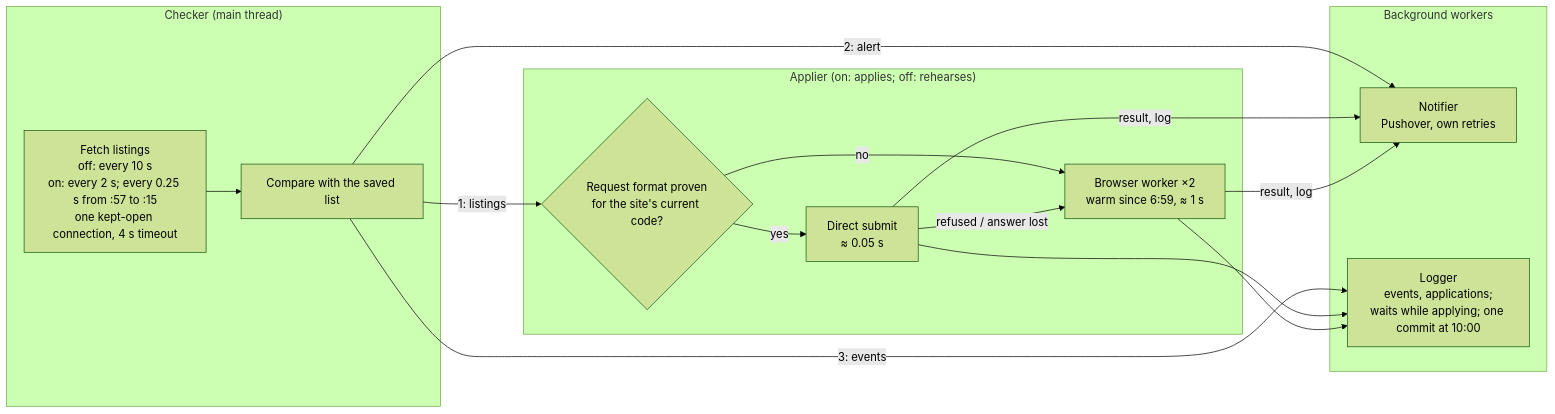
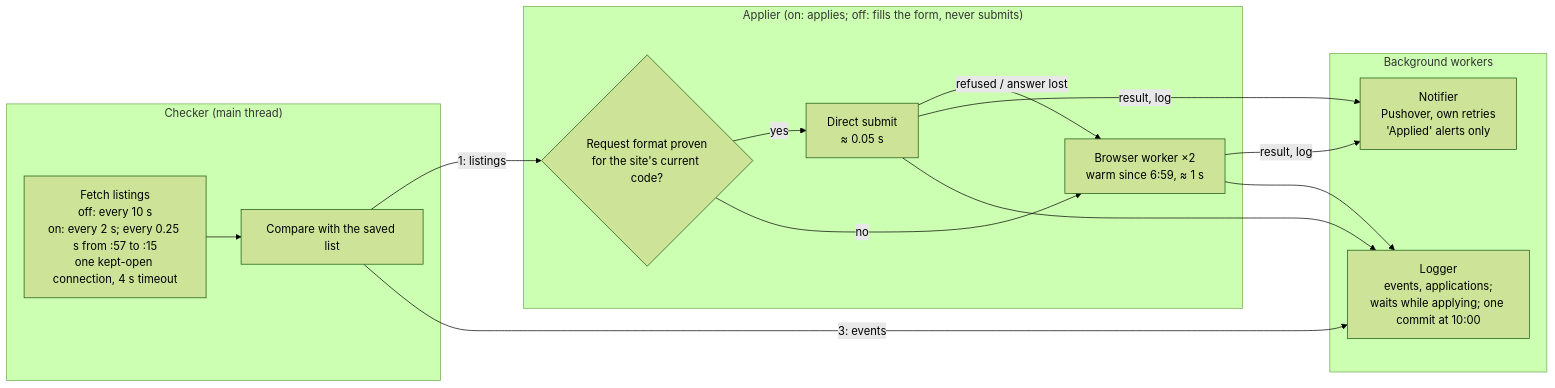
One commit to cshoffmann/stuytown-affordable-housing-watcher changed the first of 2 diagrams in docs/architecture.md. Above: the diagram before and after it, drawn with Mermaid (forest theme). The commit also changed other lines of this file and 13 other files, not shown here.

First line of the commit message:
Auto-apply off never submits or alerts; on alerts only after an application

````diff
--- a/docs/architecture.md
+++ b/docs/architecture.md
@@ -11,23 +11,22 @@
 ```mermaid
 flowchart LR
     subgraph checker["Checker (main thread)"]
         P["Fetch listings<br/>off: every 10 s<br/>on: every 2 s; every 0.25 s from :57 to :15<br/>one kept-open connection, 4 s timeout"] --> D["Compare with the saved list"]
     end
-    subgraph applier["Applier (on: applies; off: rehearses)"]
+    subgraph applier["Applier (on: applies; off: fills the form, never submits)"]
         R{"Request format proven<br/>for the site's current code?"}
         R -- yes --> X["Direct submit<br/>≈ 0.05 s"]
         R -- no --> B["Browser worker ×2<br/>warm since 6:59, ≈ 1 s"]
         X -- "refused / answer lost" --> B
     end
     subgraph bg["Background workers"]
-        N["Notifier<br/>Pushover, own retries"]
+        N["Notifier<br/>Pushover, own retries<br/>'Applied' alerts only"]
         L["Logger<br/>events, applications;<br/>waits while applying; one commit at 10:00"]
     end
     D -- "1: listings" --> R
-    D -- "2: alert" --> N
     D -- "3: events" --> L
     X -- "result, log" --> N
     B -- "result, log" --> N
     X --> L
     B --> L
 ```
````
